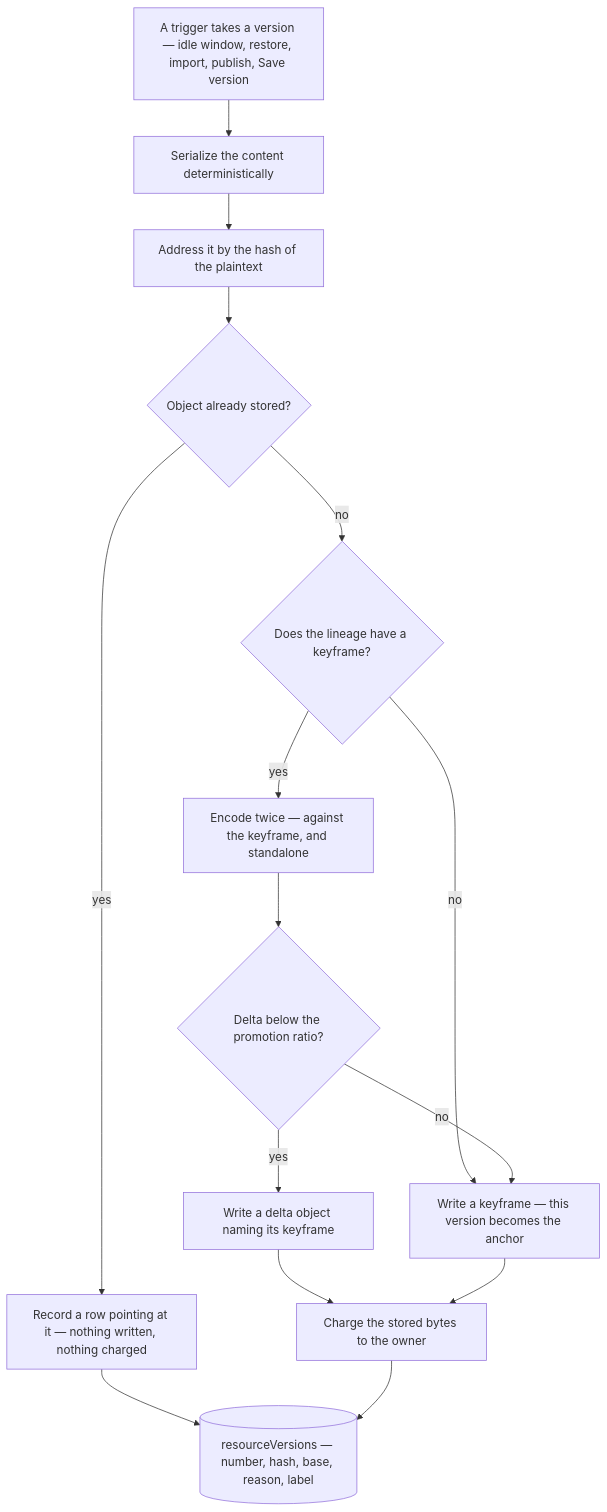
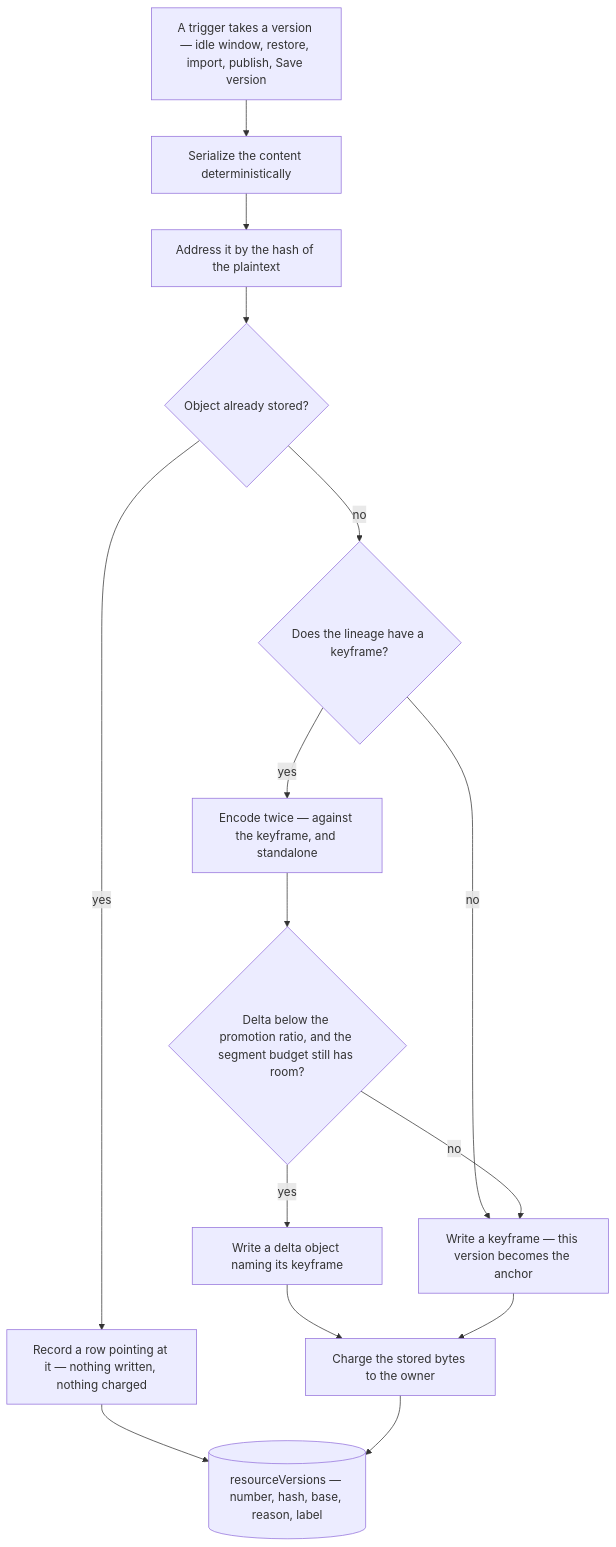
Before and after one commit to Esposter/Esposter: the diagram in packages/app/content/docs/proposals/platform/resource-version-store/index.md, drawn with Mermaid. The commit also changed other lines of this file and 3 other files, not shown here.

First line of the commit message:
docs(platform): the version store's delta read cost, and a bound the ratio does not hold

````diff
--- a/packages/app/content/docs/proposals/platform/resource-version-store/index.md
+++ b/packages/app/content/docs/proposals/platform/resource-version-store/index.md
@@ -28,17 +28,17 @@
 ```mermaid
 flowchart TD
   save["A trigger takes a version — idle window, restore, import, publish, Save version"] --> serialize["Serialize the content deterministically"]
   serialize --> hash["Address it by the hash of the plaintext"]
   hash --> exists{"Object already stored?"}
   exists -->|yes| dedupe["Record a row pointing at it — nothing written, nothing charged"]
   exists -->|no| anchor{"Does the lineage have a keyframe?"}
   anchor -->|no| promote["Write a keyframe — this version becomes the anchor"]
   anchor -->|yes| encode["Encode twice — against the keyframe, and standalone"]
-  encode --> margin{"Delta below the promotion ratio?"}
+  encode --> margin{"Delta below the promotion ratio, and the segment budget still has room?"}
   margin -->|yes| delta["Write a delta object naming its keyframe"]
   margin -->|no| promote
   delta --> charge["Charge the stored bytes to the owner"]
   promote --> charge
   dedupe --> row[("resourceVersions — number, hash, base, reason, label")]
   charge --> row
 ```
````
